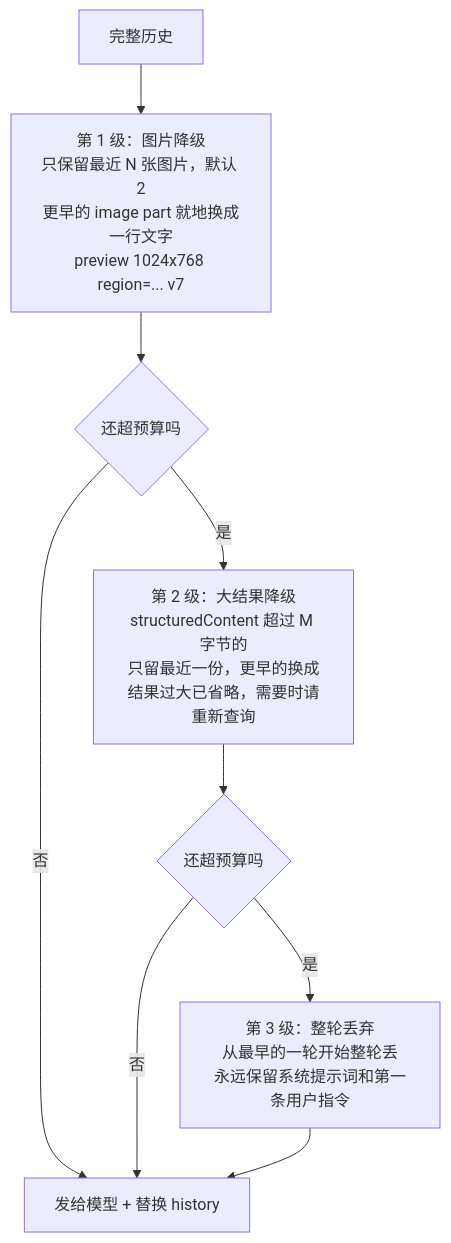
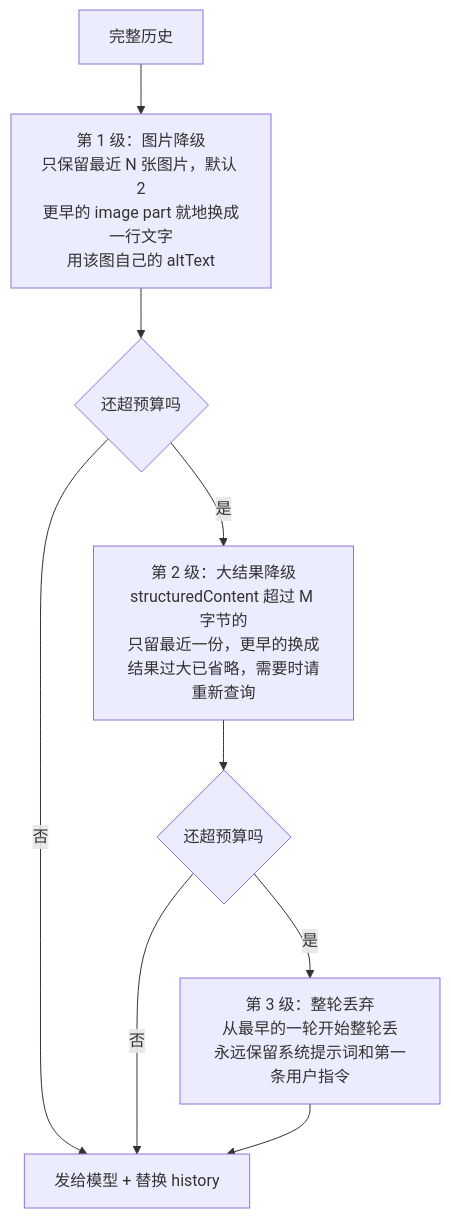
The ninth of 15 diagrams in docs/superpowers/specs/2026-08-26-agent-sdk-design.md (shazhou-ww/unidocs), drawn with Mermaid before and after one commit. The commit also changed other lines of this file, not shown here.

````diff
--- a/docs/superpowers/specs/2026-08-26-agent-sdk-design.md
+++ b/docs/superpowers/specs/2026-08-26-agent-sdk-design.md
@@ -691,11 +707,11 @@
 ```mermaid
 flowchart TB
-    IN["完整历史"] --> L1["第 1 级：图片降级<br/>只保留最近 N 张图片，默认 2<br/>更早的 image part 就地换成一行文字<br/>preview 1024x768 region=... v7"]
+    IN["完整历史"] --> L1["第 1 级：图片降级<br/>只保留最近 N 张图片，默认 2<br/>更早的 image part 就地换成一行文字<br/>用该图自己的 altText"]
     L1 --> C1{"还超预算吗"}
     C1 -->|否| OUT["发给模型 + 替换 history"]
     C1 -->|是| L2["第 2 级：大结果降级<br/>structuredContent 超过 M 字节的<br/>只留最近一份，更早的换成<br/>结果过大已省略，需要时请重新查询"]
     L2 --> C2{"还超预算吗"}
     C2 -->|否| OUT
     C2 -->|是| L3["第 3 级：整轮丢弃<br/>从最早的一轮开始整轮丢<br/>永远保留系统提示词和第一条用户指令"]
     L3 --> OUT
 ```
````
